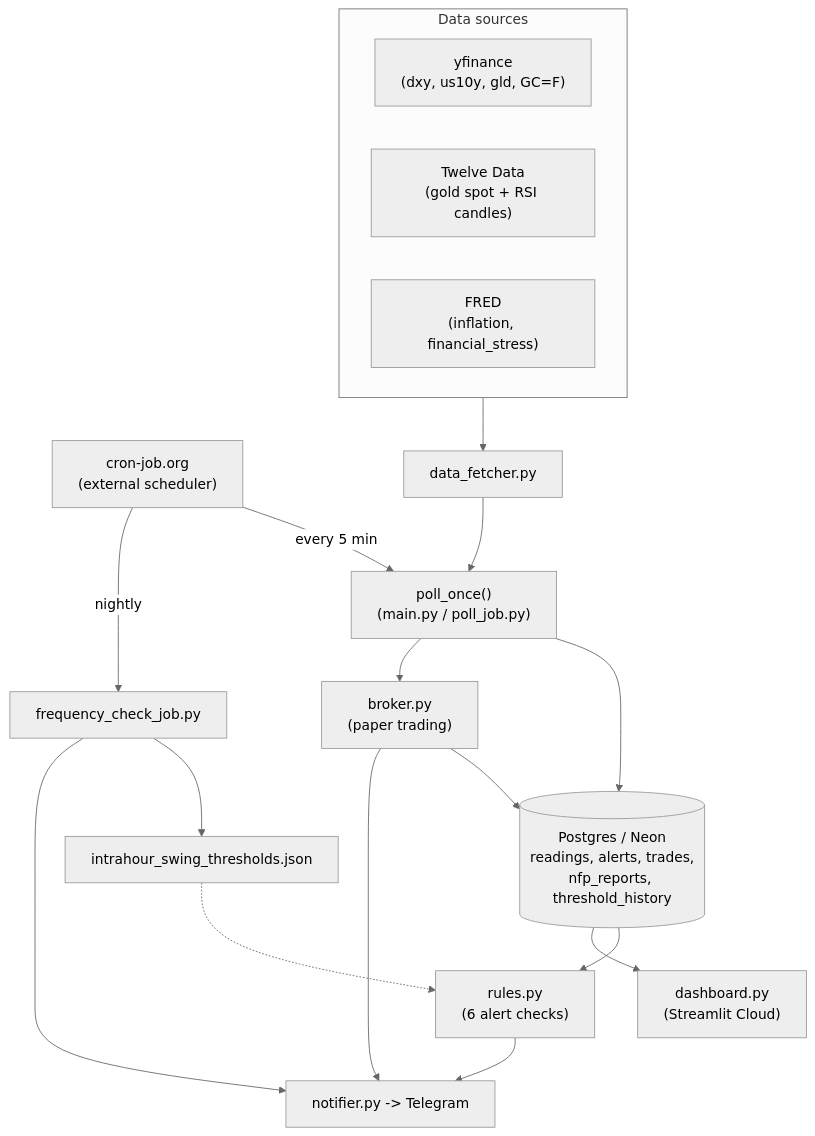
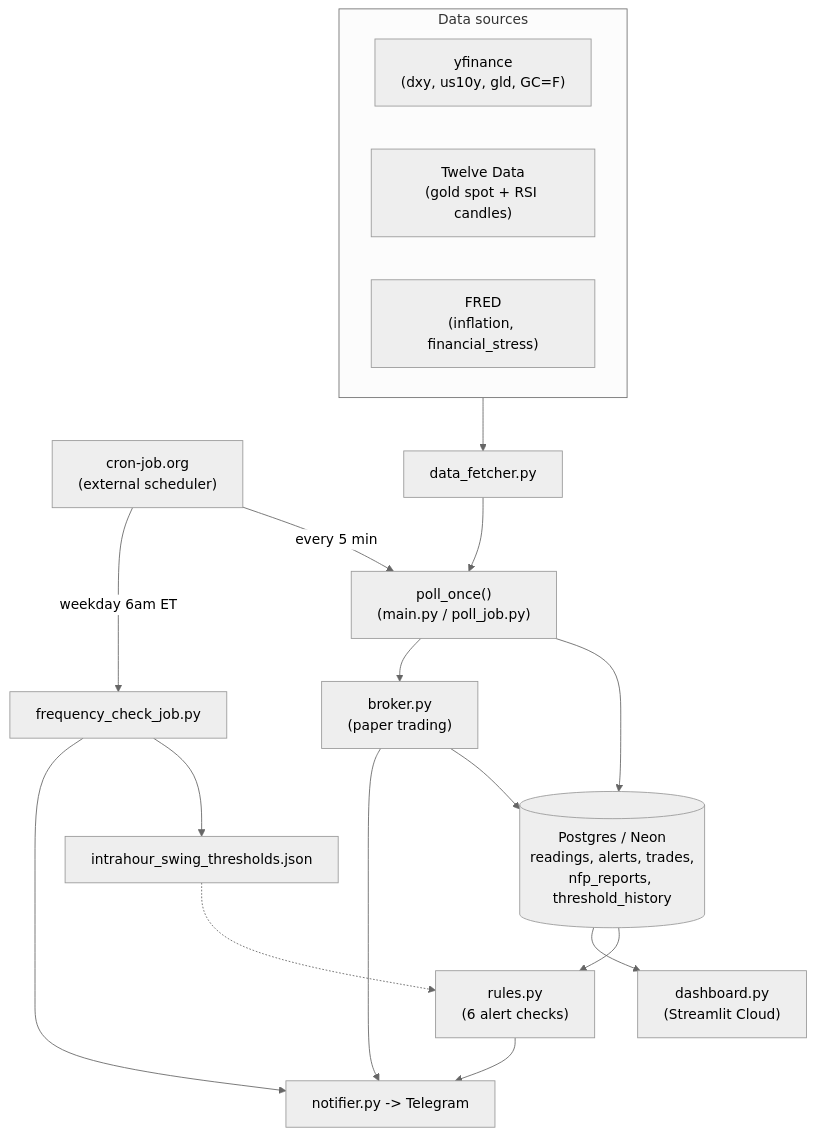
One commit to Armada86/goldo changed the diagram in docs/diagram.md. Above: the diagram before and after it, drawn with Mermaid (neutral theme). The commit also changed other lines of this file and 11 other files, not shown here.

First line of the commit message:
Update frequency-check schedule docs/comments from nightly 8PM to weekday 6AM ET

````diff
--- a/docs/diagram.md
+++ b/docs/diagram.md
@@ -6,26 +6,26 @@
 ```mermaid
 flowchart TD
     subgraph Sources["Data sources"]
         YF["yfinance\n(dxy, us10y, gld, GC=F)"]
         TD["Twelve Data\n(gold spot + RSI candles)"]
         FRED["FRED\n(inflation, financial_stress)"]
     end
 
     Cron["cron-job.org\n(external scheduler)"] -->|every 5 min| Poll
-    Cron -->|nightly| FreqCheck["frequency_check_job.py"]
+    Cron -->|weekday 6am ET| FreqCheck["frequency_check_job.py"]
 
     Sources --> Fetcher["data_fetcher.py"]
     Fetcher --> Poll["poll_once()\n(main.py / poll_job.py)"]
     Poll --> DB[("Postgres / Neon\nreadings, alerts, trades,\nnfp_reports, threshold_history")]
     DB --> Rules["rules.py\n(6 alert checks)"]
     Rules --> Telegram["notifier.py -> Telegram"]
     Poll --> Broker["broker.py\n(paper trading)"]
     Broker --> DB
     Broker --> Telegram
 
     DB --> Dashboard["dashboard.py\n(Streamlit Cloud)"]
 
     FreqCheck --> Thresholds["intrahour_swing_thresholds.json"]
     FreqCheck --> Telegram
     Thresholds -.-> Rules
 ```
````
